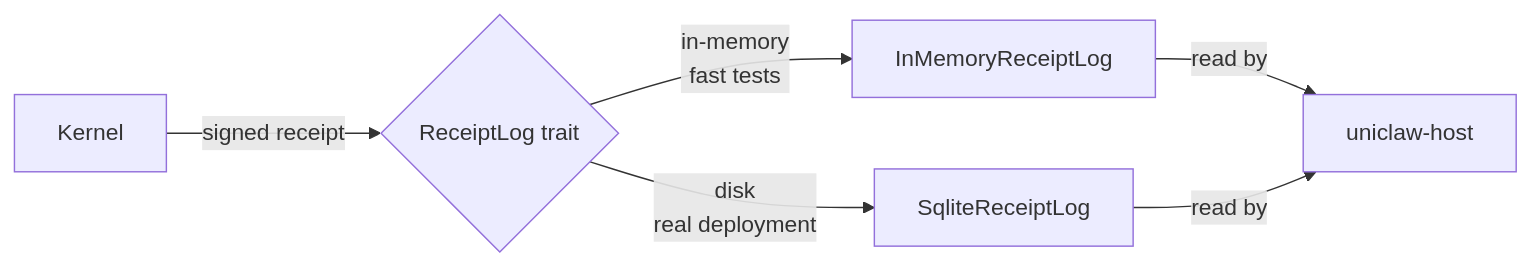
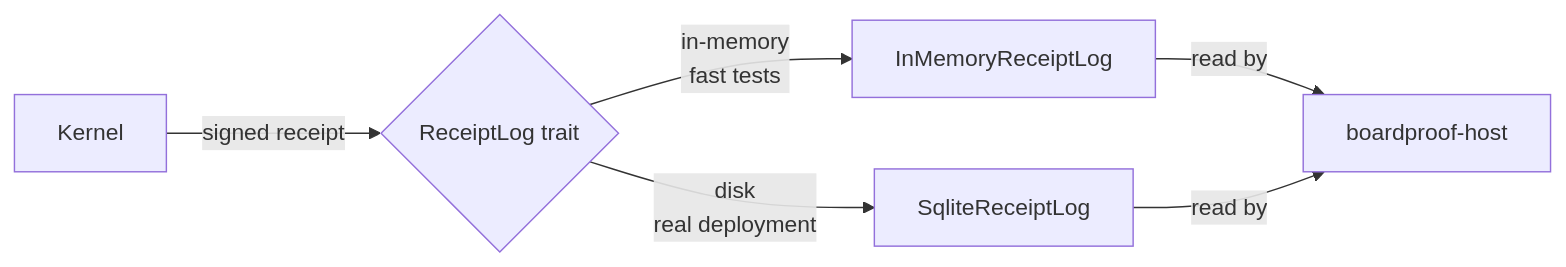
One commit to UniClaw-Lab/uniclaw changed the diagram in docs/steps/10-sqlite-receipt-store.md. Above: the diagram before and after it, drawn with Mermaid. The commit also changed other lines of this file and 298 other files, not shown here.

````diff
--- a/docs/steps/10-sqlite-receipt-store.md
+++ b/docs/steps/10-sqlite-receipt-store.md
@@ -18,8 +18,8 @@
 ```mermaid
 graph LR
   K[Kernel] -->|signed receipt| L{ReceiptLog trait}
   L -->|in-memory<br>fast tests| MEM[InMemoryReceiptLog]
   L -->|disk<br>real deployment| SQL[SqliteReceiptLog]
-  MEM -->|read by| H[uniclaw-host]
+  MEM -->|read by| H[boardproof-host]
   SQL -->|read by| H
 ```
````
